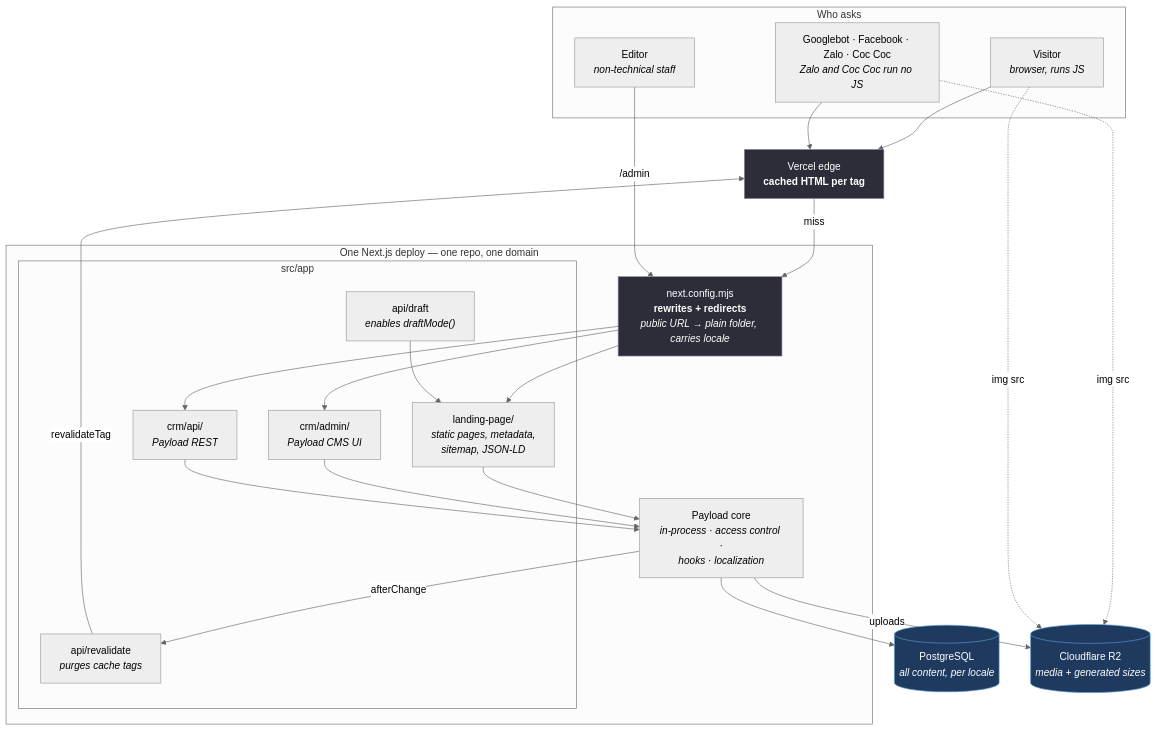
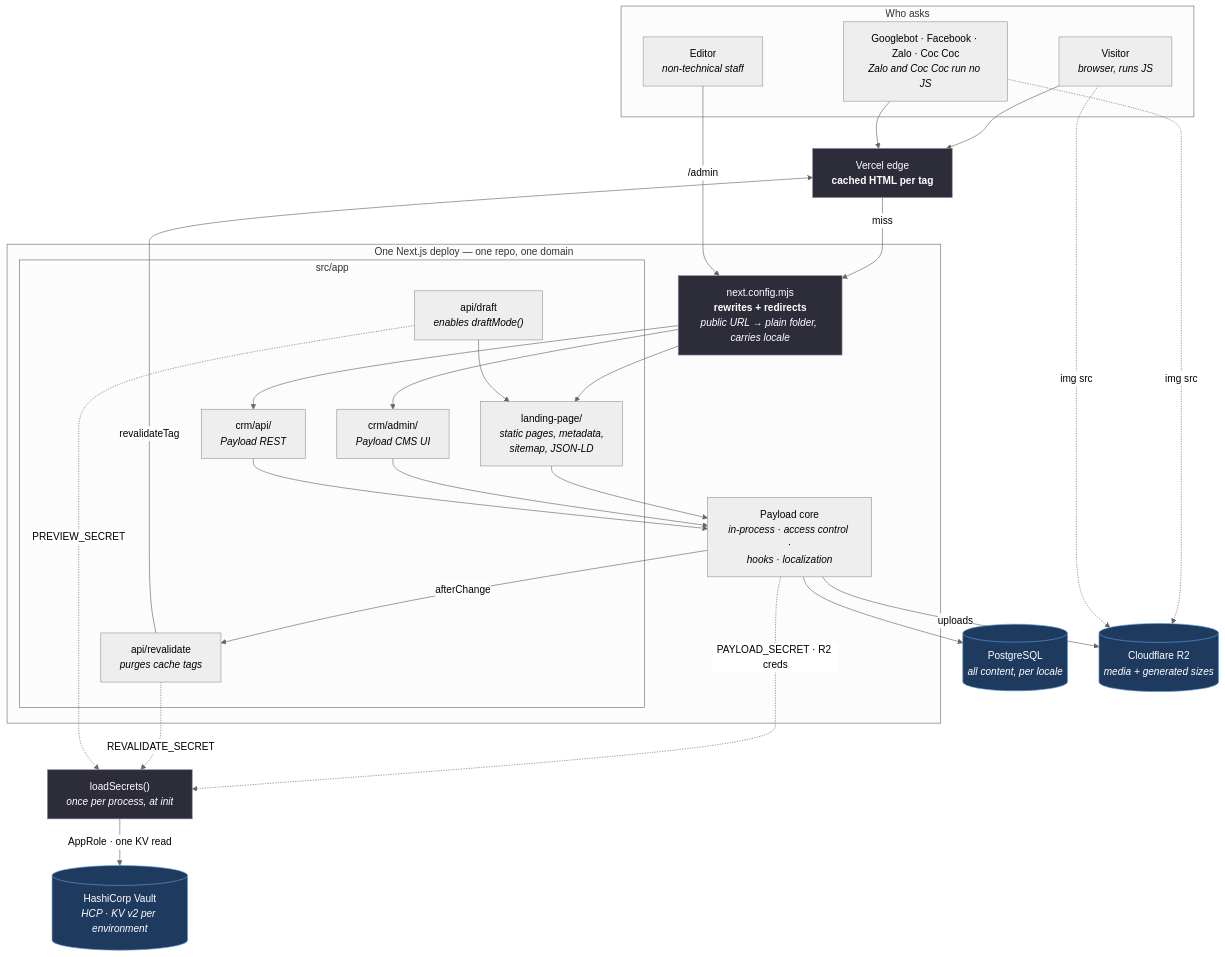
One commit to CarWashing247/Landing-page changed the first of 4 diagrams in architecture/architecture-diagram.md. Above: the diagram before and after it, drawn with Mermaid (neutral theme). The commit also changed other lines of this file and 12 other files, not shown here.

````diff
--- a/architecture/architecture-diagram.md
+++ b/architecture/architecture-diagram.md
@@ -17,51 +17,57 @@
 ```mermaid
 graph TB
     subgraph clients["Who asks"]
         visitor["Visitor<br/><i>browser, runs JS</i>"]
         crawler["Googlebot · Facebook · Zalo · Coc Coc<br/><i>Zalo and Coc Coc run no JS</i>"]
         editor["Editor<br/><i>non-technical staff</i>"]
     end
 
     edge["Vercel edge<br/><b>cached HTML per tag</b>"]
 
     subgraph deploy["One Next.js deploy — one repo, one domain"]
         rewrites["next.config.mjs<br/><b>rewrites + redirects</b><br/><i>public URL → plain folder, carries locale</i>"]
 
         subgraph app["src/app"]
             landing["landing-page/<br/><i>static pages, metadata,<br/>sitemap, JSON-LD</i>"]
             crm["crm/admin/<br/><i>Payload CMS UI</i>"]
             restapi["crm/api/<br/><i>Payload REST</i>"]
             revalidate["api/revalidate<br/><i>purges cache tags</i>"]
             draft["api/draft<br/><i>enables draftMode()</i>"]
         end
 
         payload["Payload core<br/><i>in-process · access control ·<br/>hooks · localization</i>"]
     end
 
     pg[("PostgreSQL<br/><i>all content, per locale</i>")]
     r2[("Cloudflare R2<br/><i>media + generated sizes</i>")]
+    vault[("HashiCorp Vault<br/><i>HCP · KV v2 per environment</i>")]
 
     visitor --> edge
     crawler --> edge
     edge -->|"miss"| rewrites
     rewrites --> landing
     editor -->|"/admin"| rewrites
     rewrites --> crm
     rewrites --> restapi
 
     landing --> payload
     crm --> payload
     restapi --> payload
     draft --> landing
     payload --> pg
+    secrets["loadSecrets()<br/><i>once per process, at init</i>"]
+    secrets -->|"AppRole · one KV read"| vault
+    payload -.->|"PAYLOAD_SECRET · R2 creds"| secrets
+    revalidate -.->|"REVALIDATE_SECRET"| secrets
+    draft -.->|"PREVIEW_SECRET"| secrets
     payload -->|"afterChange"| revalidate
     revalidate -->|"revalidateTag"| edge
     crawler -. "img src" .-> r2
     visitor -. "img src" .-> r2
     payload -->|"uploads"| r2
 
     classDef store fill:#1f3a5f,stroke:#5b9bd5,color:#fff
     classDef infra fill:#2d2d3a,stroke:#8a8aa3,color:#fff
-    class pg,r2 store
-    class edge,rewrites infra
+    class pg,r2,vault store
+    class edge,rewrites,secrets infra
 ```
````
